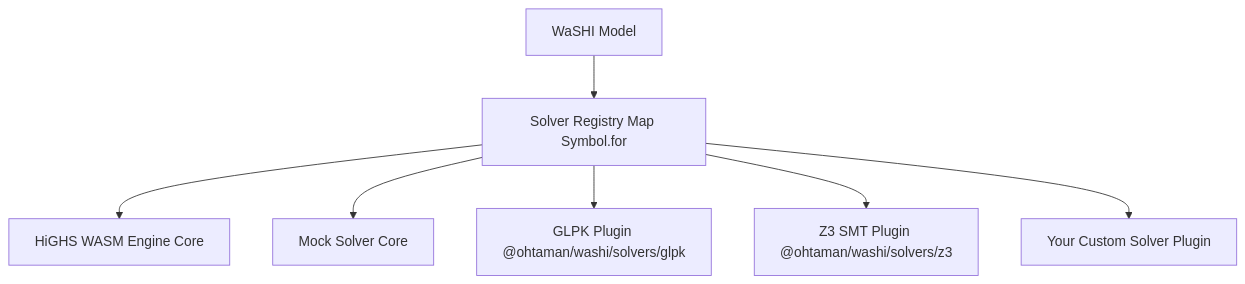
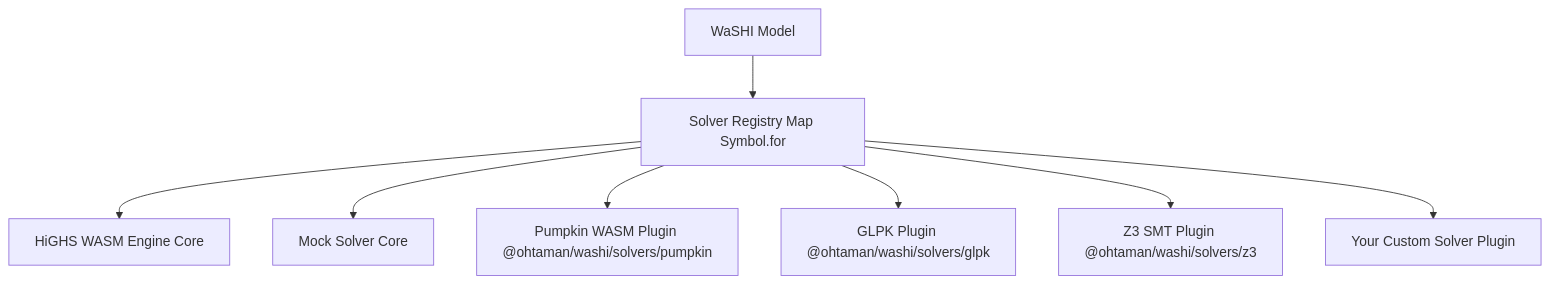
The diagram in docs/ja/solvers/custom-solver.md (ohtaman/washi), drawn with Mermaid before and after one commit. The commit also changed other lines of this file and 87 other files, not shown here.

````diff
--- a/docs/ja/solvers/custom-solver.md
+++ b/docs/ja/solvers/custom-solver.md
@@ -11,9 +11,10 @@
 ```mermaid
 graph TD
     A[WaSHI Model] --> B[Solver Registry Map Symbol.for]
     B --> C[HiGHS WASM Engine Core]
     B --> D[Mock Solver Core]
+    B --> H[Pumpkin WASM Plugin @ohtaman/washi/solvers/pumpkin]
     B --> E[GLPK Plugin @ohtaman/washi/solvers/glpk]
     B --> F[Z3 SMT Plugin @ohtaman/washi/solvers/z3]
     B --> G[Your Custom Solver Plugin]
 ```
````
